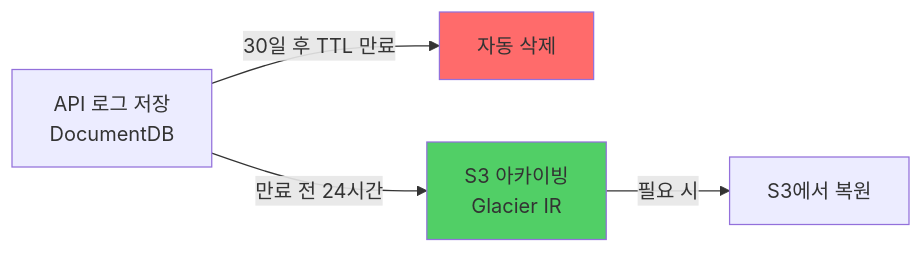
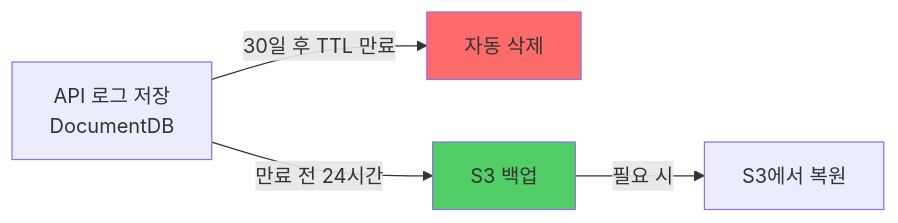
One commit to SJY0917032/SJY0917032.github.io changed the diagram in docs/posts/infra-cost-reduction.md. Above: the diagram before and after it, drawn with Mermaid. The commit also changed other lines of this file and 20 other files, not shown here.

````diff
--- a/docs/posts/infra-cost-reduction.md
+++ b/docs/posts/infra-cost-reduction.md
@@ -37,10 +39,10 @@
 ```mermaid
 flowchart LR
     LOG[API 로그 저장\nDocumentDB] -->|30일 후 TTL 만료| EXPIRE[자동 삭제]
-    LOG -->|만료 전 24시간| ARCHIVE[S3 아카이빙\nGlacier IR]
+    LOG -->|만료 전 24시간| ARCHIVE[S3 백업]
 
     ARCHIVE -->|필요 시| RESTORE[S3에서 복원]
 
     style EXPIRE fill:#ff6b6b
     style ARCHIVE fill:#51cf66
 ```
````
